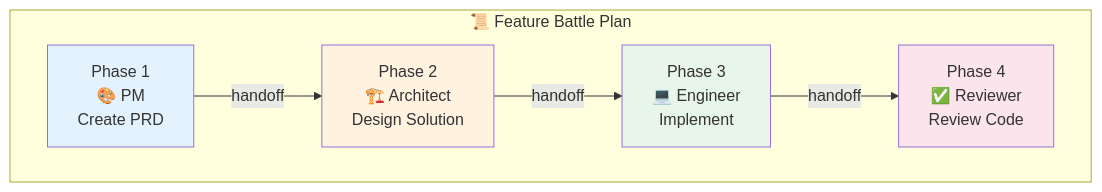
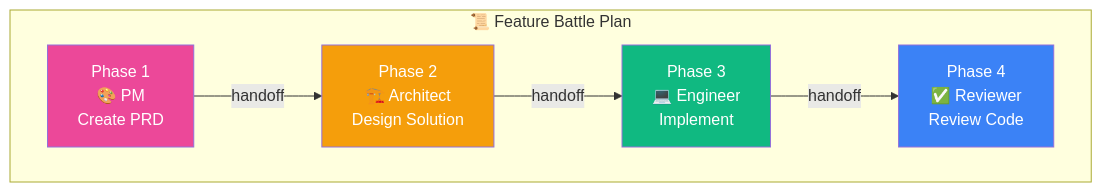
The third of 7 diagrams in README.md (jnPiyush/AI-Squad), drawn with Mermaid before and after one commit. The commit also changed other lines of this file and 1 other file, not shown here.

Commit message:
Fix Mermaid diagram colors for better text readability
- Battle Plan: Use vibrant agent colors (pink, orange, green, blue) with white text
- Routing Health: Use solid colors (green, red, orange) with white text
- Improved contrast for dark mode and light mode viewing

````diff
--- a/README.md
+++ b/README.md
@@ -116,19 +116,19 @@
 ```mermaid
 flowchart LR
     subgraph "📜 Feature Battle Plan"
         direction LR
         P1["Phase 1<br/>🎨 PM<br/>Create PRD"]
         P2["Phase 2<br/>🏗️ Architect<br/>Design Solution"]
         P3["Phase 3<br/>💻 Engineer<br/>Implement"]
         P4["Phase 4<br/>✅ Reviewer<br/>Review Code"]
         
         P1 -->|handoff| P2
         P2 -->|handoff| P3
         P3 -->|handoff| P4
     end
     
-    style P1 fill:#e3f2fd
-    style P2 fill:#fff3e0
-    style P3 fill:#e8f5e9
-    style P4 fill:#fce4ec
+    style P1 fill:#ec4899,color:#fff
+    style P2 fill:#f59e0b,color:#fff
+    style P3 fill:#10b981,color:#fff
+    style P4 fill:#3b82f6,color:#fff
 ```
````
